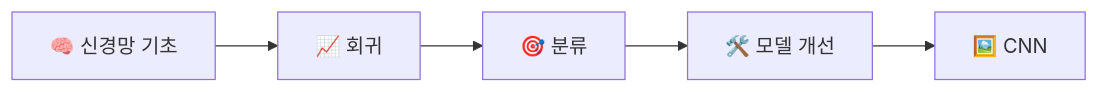
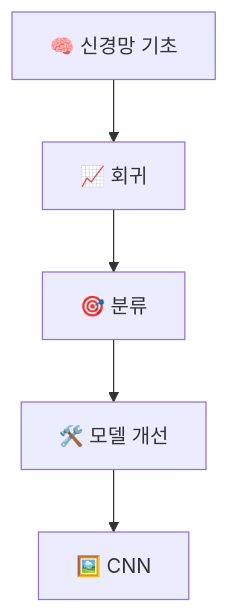
Before and after one commit to JangDongyul123/furiosa-tensorflow-keras: the diagram in README.md, drawn with Mermaid. The commit also changed other lines of this file, not shown here.

````diff
--- a/README.md
+++ b/README.md
@@ -36,7 +41,7 @@
 ```mermaid
-flowchart LR
+flowchart TB
     A["🧠 신경망 기초"] --> B["📈 회귀"]
     B --> C["🎯 분류"]
     C --> D["🛠️ 모델 개선"]
     D --> E["🖼️ CNN"]
 ```
````
